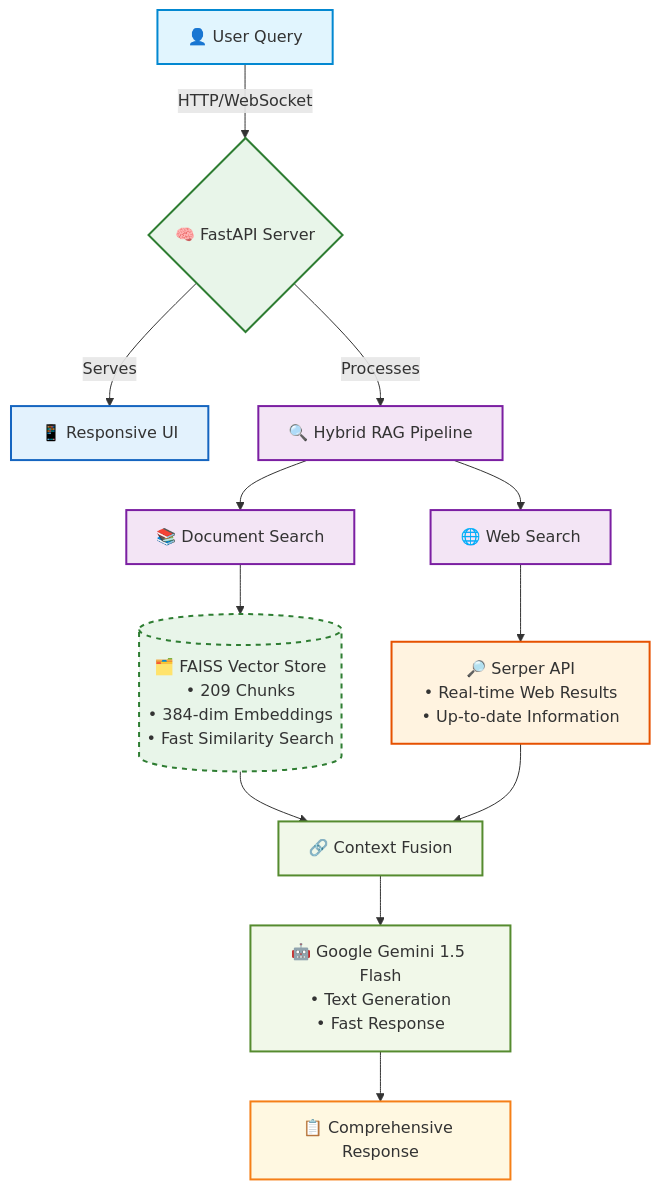
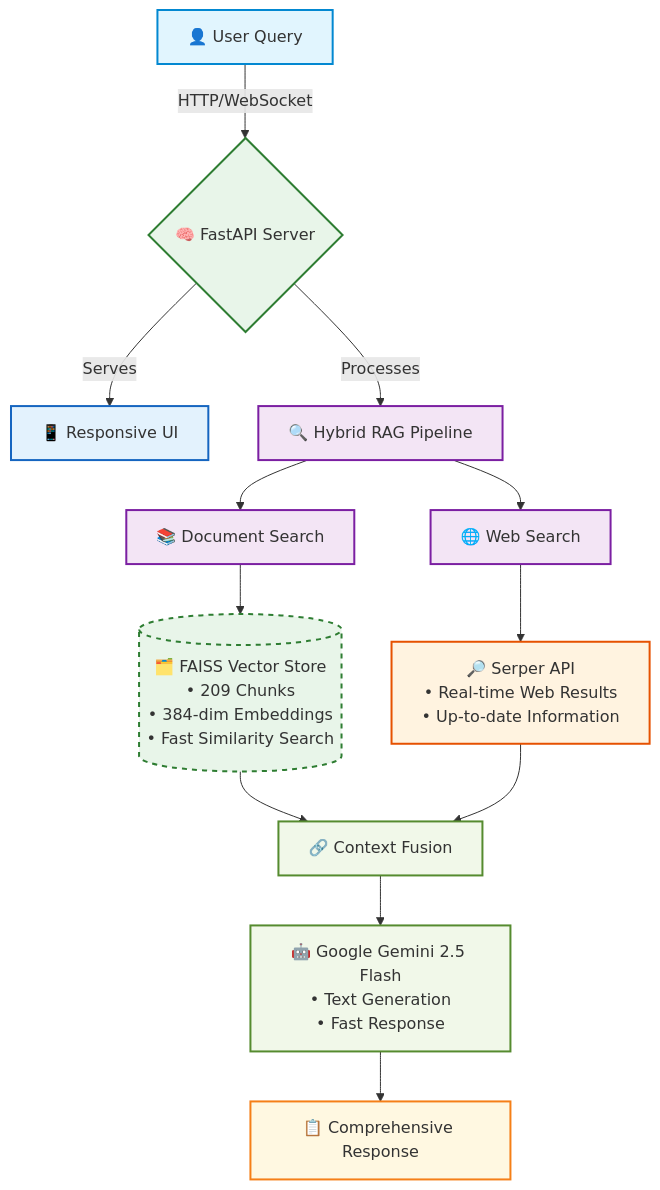
Before and after one commit to xanderstevenson/cisco-automation-certification-station: the first of 2 diagrams in README.md, drawn with Mermaid. The commit also changed other lines of this file and 2 other files, not shown here.

````diff
--- a/README.md
+++ b/README.md
@@ -100,42 +104,42 @@
 ```mermaid
 flowchart TD
     %% User Interaction
     A[👤 User Query] -->|HTTP/WebSocket| B{🧠 FastAPI Server}
     
     %% Main Processing
     B -->|Serves| C[📱 Responsive UI]
     B -->|Processes| D[🔍 Hybrid RAG Pipeline]
     
     %% Search Components
     D --> E[📚 Document Search]
     D --> F[🌐 Web Search]
     
     %% Data Sources
     E --> G[(🗂️ FAISS Vector Store<br/>• 209 Chunks<br/>• 384-dim Embeddings<br/>• Fast Similarity Search)]
     F --> H[🔎 Serper API<br/>• Real-time Web Results<br/>• Up-to-date Information]
     
     %% Response Generation
     G --> I[🔗 Context Fusion]
     H --> I
-    I --> J[🤖 Google Gemini 1.5 Flash<br/>• Text Generation<br/>• Fast Response]
+    I --> J[🤖 Google Gemini 2.5 Flash<br/>• Text Generation<br/>• Fast Response]
     J --> K[📋 Comprehensive Response]
     
     %% Styling
     classDef user fill:#e1f5fe,stroke:#0288d1,stroke-width:2px
     classDef server fill:#e8f5e9,stroke:#2e7d32,stroke-width:2px
     classDef ui fill:#e3f2fd,stroke:#1565c0,stroke-width:2px
     classDef process fill:#f3e5f5,stroke:#7b1fa2,stroke-width:2px
     classDef storage fill:#e8f5e9,stroke:#2e7d32,stroke-width:2px,stroke-dasharray: 5 5
     classDef api fill:#fff3e0,stroke:#e65100,stroke-width:2px
     classDef ai fill:#f1f8e9,stroke:#558b2f,stroke-width:2px
     classDef response fill:#fff8e1,stroke:#f57f17,stroke-width:2px
     
     class A user
     class B server
     class C ui
     class D,E,F process
     class G storage
     class H api
     class I,J ai
     class K response
 ```
````
